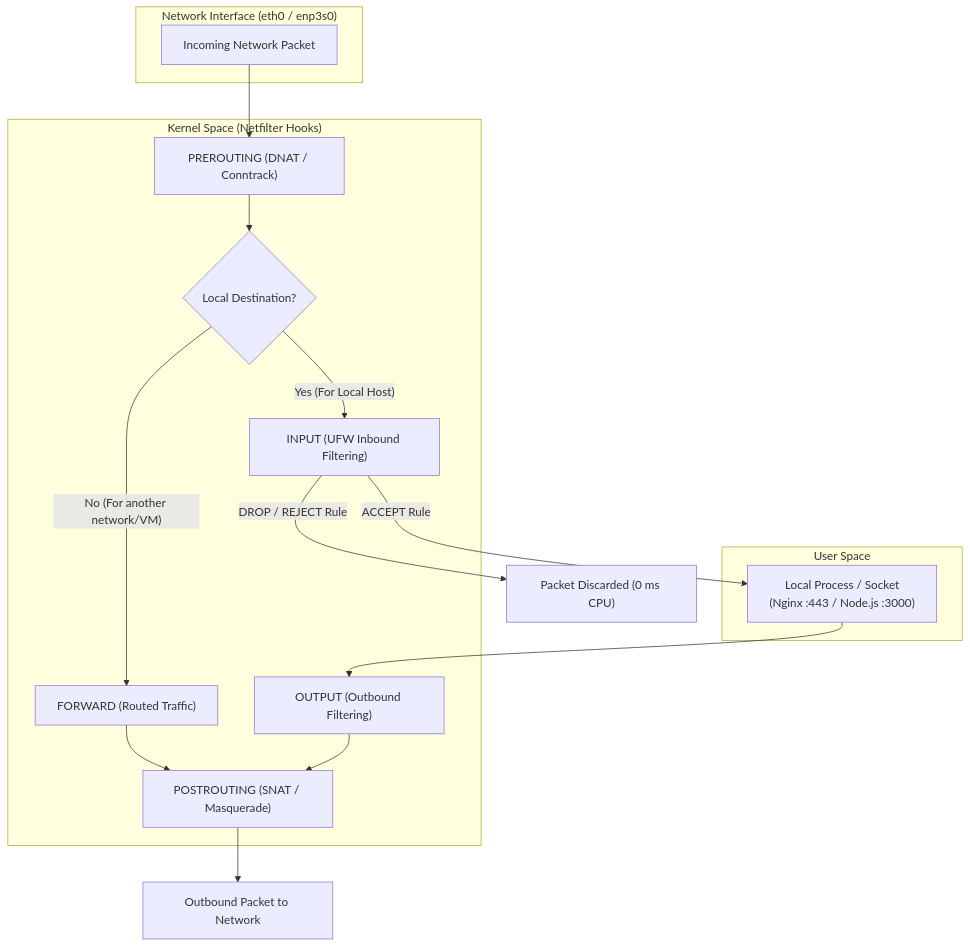
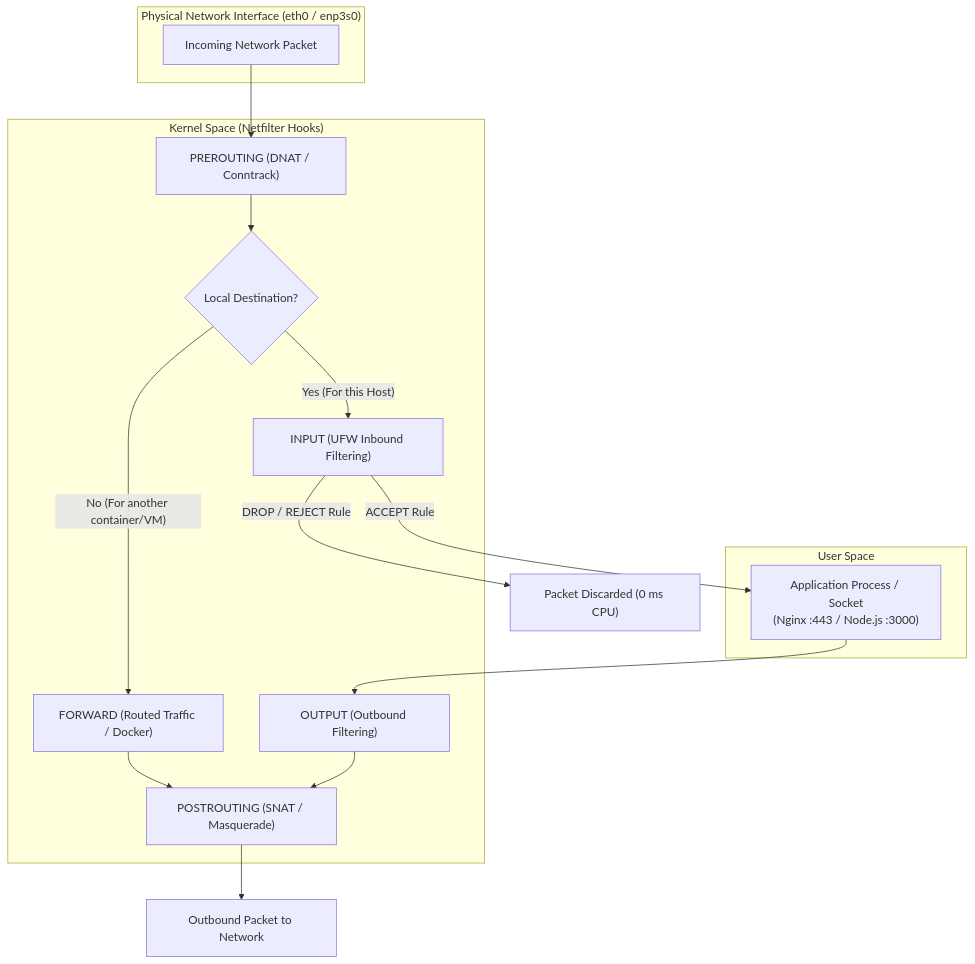
One commit to JorgeDoicela/jorge_doicela changed the second of 3 diagrams in frontend/web/src/app/(software)/entities/infrastructure/drafts/en.linux-firewall-ufw-netfilter.md. Above: the diagram before and after it, drawn with Mermaid. The commit also changed other lines of this file and 4 other files, not shown here.

````diff
--- a/frontend/web/src/app/(software)/entities/infrastructure/drafts/en.linux-firewall-ufw-netfilter.md
+++ b/frontend/web/src/app/(software)/entities/infrastructure/drafts/en.linux-firewall-ufw-netfilter.md
@@ -12,30 +62,30 @@
 ```mermaid
 flowchart TD
-    subgraph NIC ["Network Interface (eth0 / enp3s0)"]
+    subgraph NIC ["Physical Network Interface (eth0 / enp3s0)"]
         PacketIn["Incoming Network Packet"]
     end
 
     subgraph Kernel ["Kernel Space (Netfilter Hooks)"]
         PREROUTING["PREROUTING (DNAT / Conntrack)"]
         ROUTING_DECISION{"Local Destination?"}
         INPUT["INPUT (UFW Inbound Filtering)"]
-        FORWARD["FORWARD (Routed Traffic)"]
+        FORWARD["FORWARD (Routed Traffic / Docker)"]
         OUTPUT["OUTPUT (Outbound Filtering)"]
         POSTROUTING["POSTROUTING (SNAT / Masquerade)"]
     end
 
     subgraph UserSpace ["User Space"]
-        SocketApp["Local Process / Socket\n(Nginx :443 / Node.js :3000)"]
+        SocketApp["Application Process / Socket\n(Nginx :443 / Node.js :3000)"]
     end
 
     PacketIn --> PREROUTING
     PREROUTING --> ROUTING_DECISION
-    ROUTING_DECISION -- "Yes (For Local Host)" --> INPUT
-    ROUTING_DECISION -- "No (For another network/VM)" --> FORWARD
+    ROUTING_DECISION -- "Yes (For this Host)" --> INPUT
+    ROUTING_DECISION -- "No (For another container/VM)" --> FORWARD
     FORWARD --> POSTROUTING
     INPUT -- "ACCEPT Rule" --> SocketApp
     INPUT -- "DROP / REJECT Rule" --> Blackhole["Packet Discarded (0 ms CPU)"]
     SocketApp --> OUTPUT
     OUTPUT --> POSTROUTING
     POSTROUTING --> NetOut["Outbound Packet to Network"]
 ```
````
